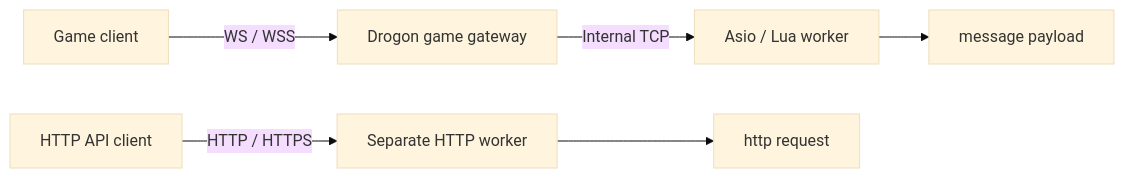
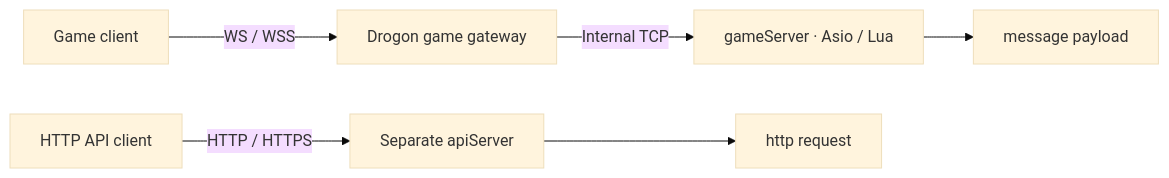
One commit to cuihairu/mistlane changed the diagram in docs/guide.md. Above: the diagram before and after it, drawn with Mermaid (base theme). The commit also changed other lines of this file and 58 other files, not shown here.

````diff
--- a/docs/guide.md
+++ b/docs/guide.md
@@ -80,8 +79,8 @@
 ```mermaid
 flowchart LR
   Client[Game client] -->|WS / WSS| Gateway[Drogon game gateway]
-  Gateway -->|Internal TCP| Worker[Asio / Lua worker]
+  Gateway -->|Internal TCP| Worker[gameServer · Asio / Lua]
   Worker --> Message[message payload]
-  Api[HTTP API client] -->|HTTP / HTTPS| Http[Separate HTTP worker]
+  Api[HTTP API client] -->|HTTP / HTTPS| Http[Separate apiServer]
   Http --> Handler[http request]
 ```
````
